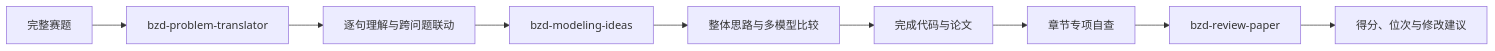
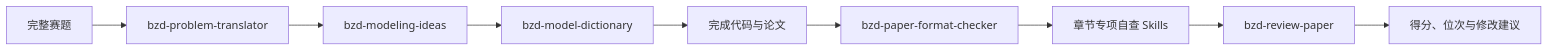
One commit to BZDmathclub/bzd-math-modeling-skills changed the diagram in README.md. Above: the diagram before and after it, drawn with Mermaid. The commit also changed other lines of this file, not shown here.

````diff
--- a/README.md
+++ b/README.md
@@ -180,11 +116,11 @@
 ```mermaid
 flowchart LR
     A["完整赛题"] --> B["bzd-problem-translator"]
-    B --> C["逐句理解与跨问题联动"]
-    C --> D["bzd-modeling-ideas"]
-    D --> E["整体思路与多模型比较"]
-    E --> F["完成代码与论文"]
-    F --> G["章节专项自查"]
+    B --> C["bzd-modeling-ideas"]
+    C --> D["bzd-model-dictionary"]
+    D --> E["完成代码与论文"]
+    E --> F["bzd-paper-format-checker"]
+    F --> G["章节专项自查 Skills"]
     G --> H["bzd-review-paper"]
     H --> I["得分、位次与修改建议"]
 ```
````
